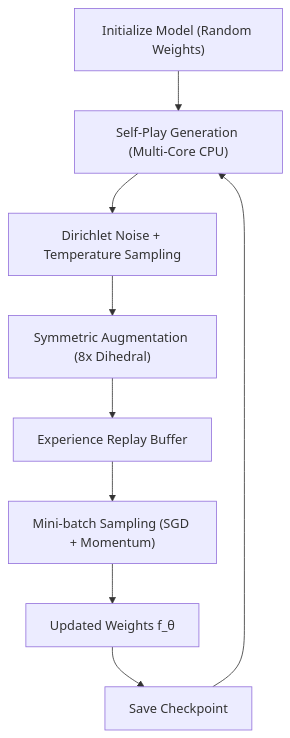
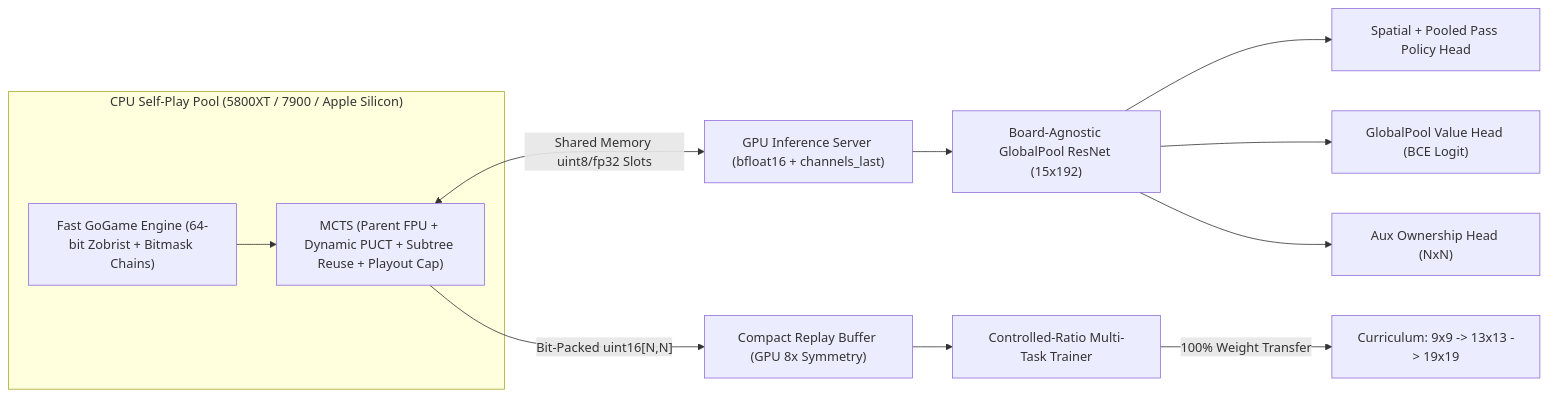
Before and after one commit to Ocean48/OceanGo: the diagram in ARCHITECTURE.md, drawn with Mermaid. The commit also changed other lines of this file and 8 other files, not shown here.

Commit message:
Upgrade OceanGo to V2: board-agnostic GlobalPool ResNet, 9x9->13x13->19x19 curriculum, fast Zobrist/bitmask engine, KataGo MCTS & Blackwell cu128 setup

````diff
--- a/ARCHITECTURE.md
+++ b/ARCHITECTURE.md
@@ -179,11 +11,14 @@
 ```mermaid
-graph TD
-    A["Initialize Model (Random Weights)"] --> B["Self-Play Generation (Multi-Core CPU)"]
-    B --> C["Dirichlet Noise + Temperature Sampling"]
-    C --> D["Symmetric Augmentation (8x Dihedral)"]
-    D --> E["Experience Replay Buffer"]
-    E --> F["Mini-batch Sampling (SGD + Momentum)"]
-    F --> G["Updated Weights f_θ"]
-    G --> H["Save Checkpoint"]
-    H --> B
+flowchart LR
+    subgraph Workers["CPU Self-Play Pool (5800XT / 7900 / Apple Silicon)"]
+        G["Fast GoGame Engine (64-bit Zobrist + Bitmask Chains)"] --> M["MCTS (Parent FPU + Dynamic PUCT + Subtree Reuse + Playout Cap)"]
+    end
+    M <-->|"Shared Memory uint8/fp32 Slots"| S["GPU Inference Server (bfloat16 + channels_last)"]
+    S --> N["Board-Agnostic GlobalPool ResNet (15x192)"]
+    N --> H1["Spatial + Pooled Pass Policy Head"]
+    N --> H2["GlobalPool Value Head (BCE Logit)"]
+    N --> H3["Aux Ownership Head (NxN)"]
+    M -->|"Bit-Packed uint16[N,N]"| R["Compact Replay Buffer (GPU 8x Symmetry)"]
+    R --> T["Controlled-Ratio Multi-Task Trainer"]
+    T -->|"100% Weight Transfer"| C["Curriculum: 9x9 -> 13x13 -> 19x19"]
 ```
````
